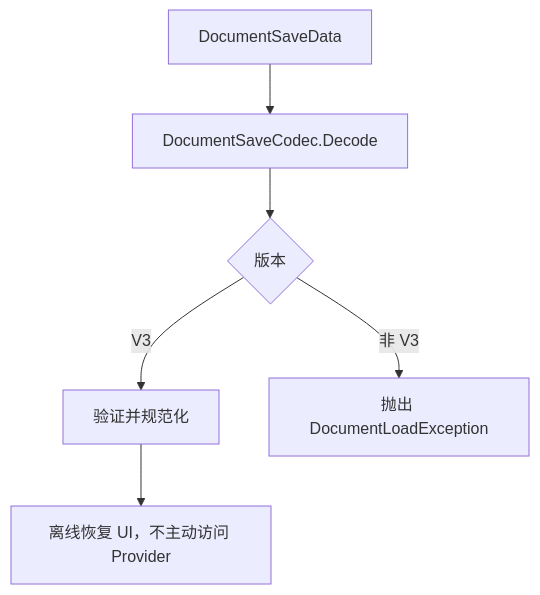
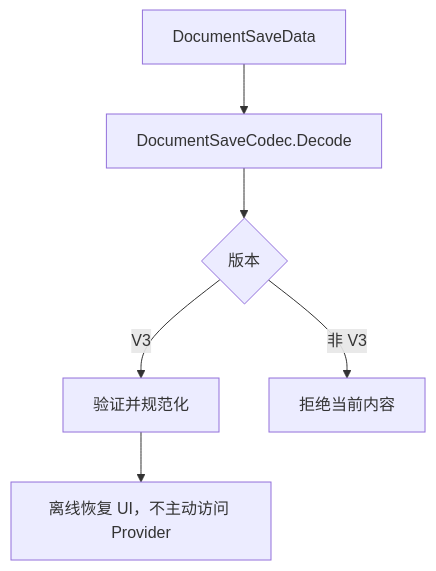
The fifth of 5 diagrams in Plugins/BiliDownloader/BiliDownloader/doc/design/architecture-guide/07-持久化恢复与消息通信.md (crownclowngx/avalonia_dock_simple_test), drawn with Mermaid before and after one commit. The commit also changed other lines of this file and 81 other files, not shown here.

````diff
--- a/Plugins/BiliDownloader/BiliDownloader/doc/design/architecture-guide/07-持久化恢复与消息通信.md
+++ b/Plugins/BiliDownloader/BiliDownloader/doc/design/architecture-guide/07-持久化恢复与消息通信.md
@@ -203,8 +205,8 @@
 ```mermaid
 flowchart TD
     Save["DocumentSaveData"] --> Decode["DocumentSaveCodec.Decode"]
     Decode --> Version{"版本"}
     Version -->|V3| Validate["验证并规范化"]
-    Version -->|非 V3| Reject["抛出 DocumentLoadException"]
+    Version -->|非 V3| Reject["拒绝当前内容"]
     Validate --> Offline["离线恢复 UI，不主动访问 Provider"]
 ```
````
